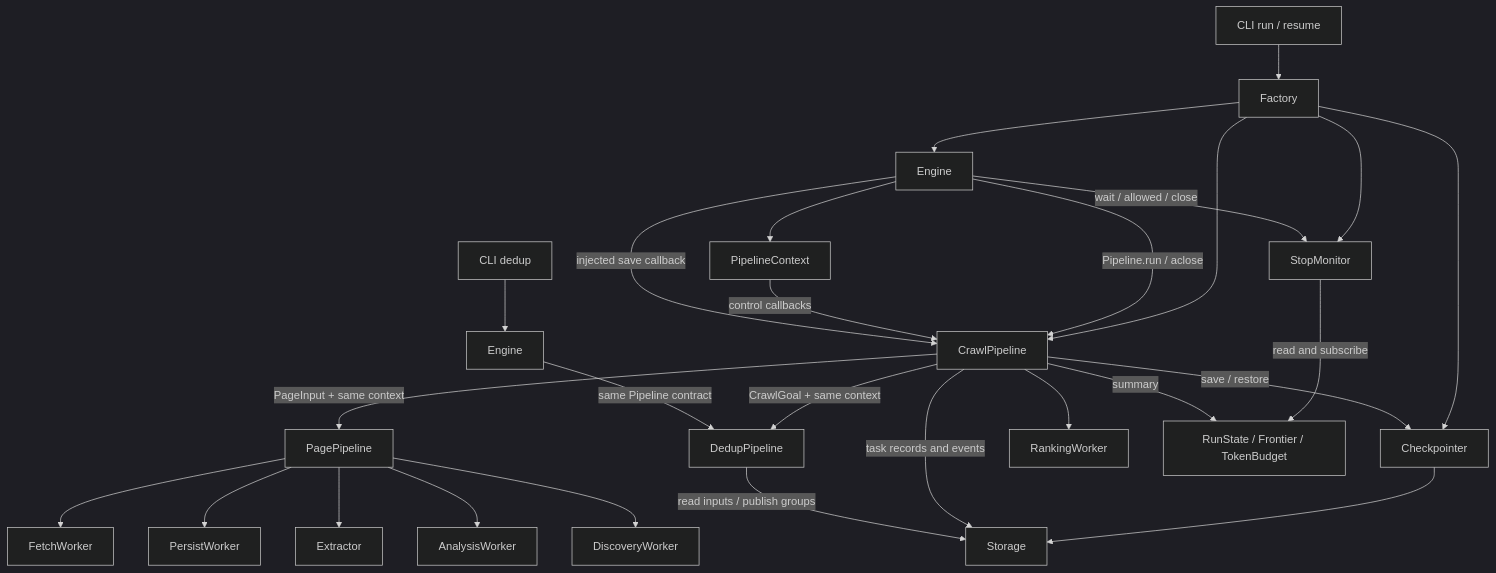
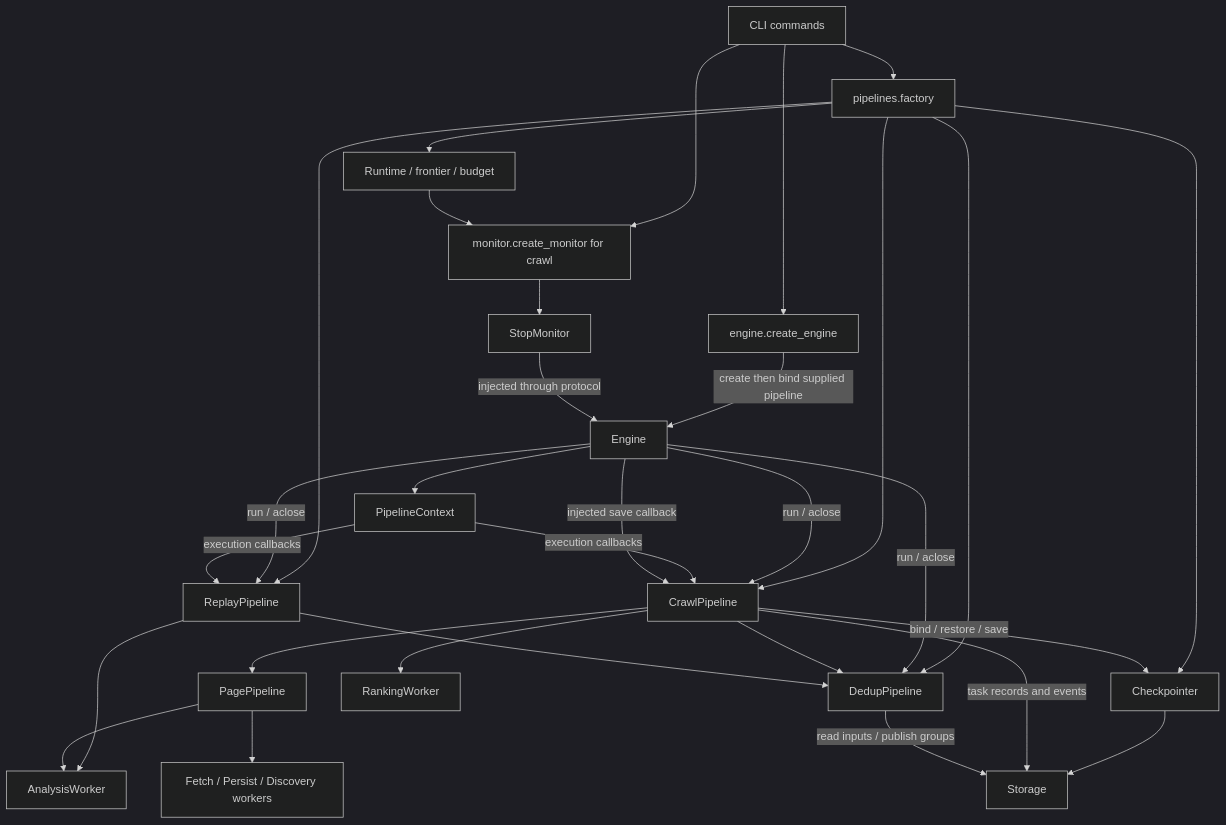
Before and after one commit to shixuan/crawl-me-maybe: the first of 8 diagrams in docs/engine.md, drawn with Mermaid (dark theme). The commit also changed other lines of this file and 42 other files, not shown here.

Commit message:
refactor: share pipeline execution

````diff
--- a/docs/engine.md
+++ b/docs/engine.md
@@ -12,29 +12,33 @@
 ```mermaid
 flowchart TB
-    CLI[CLI run / resume] --> Factory[Factory]
-    Factory --> Engine
-    Factory --> Crawl[CrawlPipeline]
-    Factory --> Monitor[StopMonitor]
-    Factory --> CP[Checkpointer]
-    Engine -->|Pipeline.run / aclose| Crawl
-    Engine -->|wait / allowed / close| Monitor
+    CLI[CLI commands] --> PF[pipelines.factory]
+    CLI --> MF[monitor.create_monitor for crawl]
+    CLI --> EF[engine.create_engine]
+    PF --> Shared[Runtime / frontier / budget]
+    Shared --> MF
+    MF --> Monitor[StopMonitor]
+    PF --> Crawl[CrawlPipeline]
+    PF --> Replay[ReplayPipeline]
+    PF --> Dedup[DedupPipeline]
+    EF -->|create then bind supplied pipeline| Engine
+    Monitor -->|injected through protocol| Engine
+    Engine -->|run / aclose| Crawl
+    Engine -->|run / aclose| Replay
+    Engine -->|run / aclose| Dedup
     Engine --> Context[PipelineContext]
-    Context -->|control callbacks| Crawl
-    Crawl -->|PageInput + same context| Page[PagePipeline]
-    Crawl -->|CrawlGoal + same context| Dedup[DedupPipeline]
-    CLI2[CLI dedup] --> Engine2[Engine]
-    Engine2 -->|same Pipeline contract| Dedup
+    Context -->|execution callbacks| Crawl
+    Context -->|execution callbacks| Replay
+    Crawl --> Page[PagePipeline]
+    Crawl --> Dedup
+    Replay --> Dedup
+    Replay --> Analysis[AnalysisWorker]
+    Page --> Analysis
+    Page --> Workers[Fetch / Persist / Discovery workers]
     Crawl --> Ranking[RankingWorker]
-    Page --> Fetch[FetchWorker]
-    Page --> Persist[PersistWorker]
-    Page --> Extract[Extractor]
-    Page --> Analysis[AnalysisWorker]
-    Page --> Discovery[DiscoveryWorker]
-    Crawl -->|save / restore| CP
+    PF --> CP[Checkpointer]
+    Crawl -->|bind / restore / save| CP
     Engine -->|injected save callback| Crawl
     CP --> Storage[Storage]
     Crawl -->|task records and events| Storage
     Dedup -->|read inputs / publish groups| Storage
-    Monitor -->|read and subscribe| Runtime[RunState / Frontier / TokenBudget]
-    Crawl -->|summary| Runtime
 ```
````
